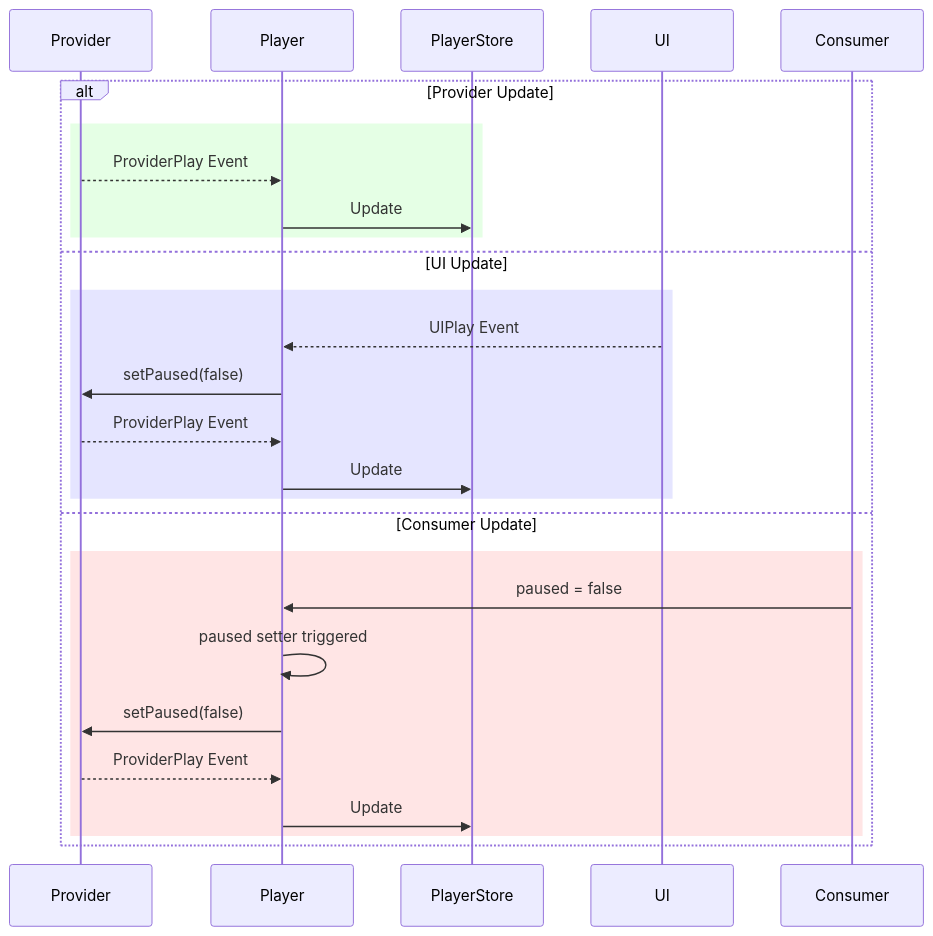
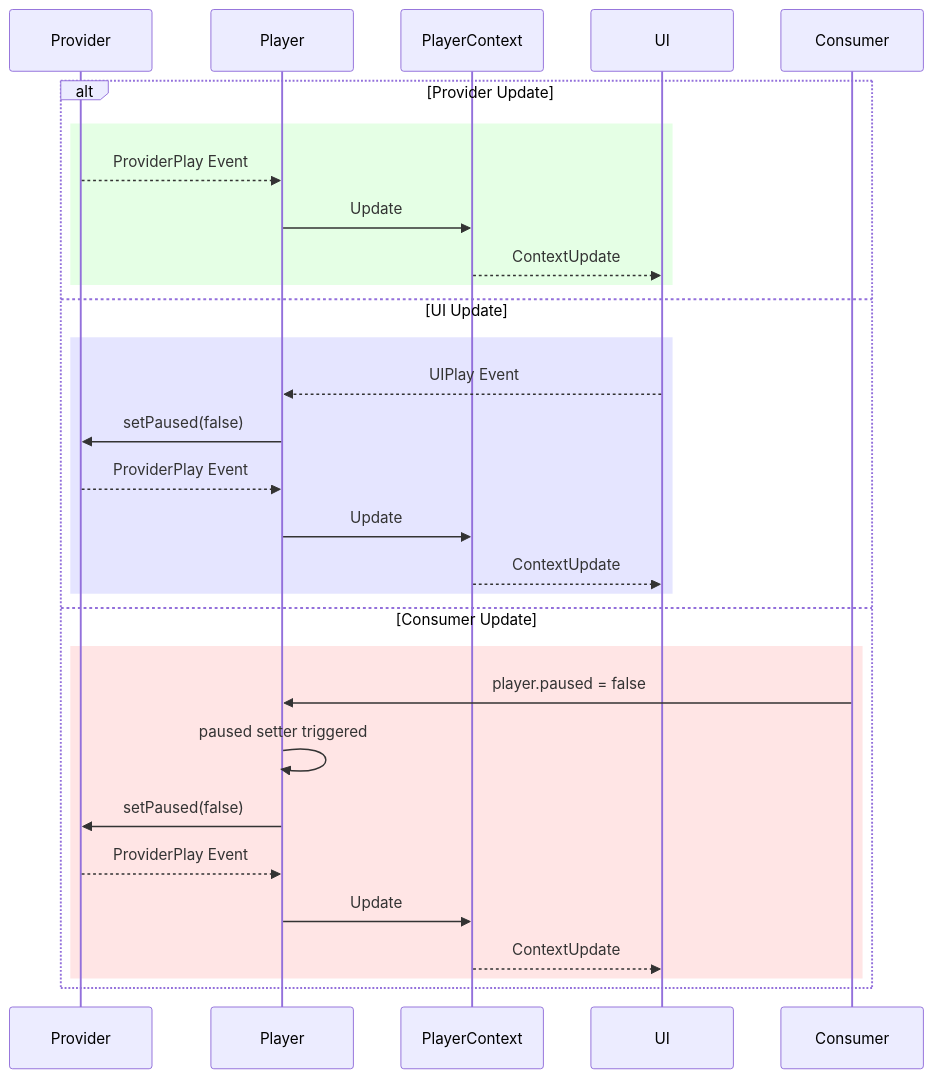
The diagram in plan/designs/player-update-flow.mmd (vime-js/vime), drawn with Mermaid before and after one commit. The commit also changed 4 other files, not shown here.

Commit message:
chore: cleanup architectural designs

```diff
--- a/plan/designs/player-update-flow.mmd
+++ b/plan/designs/player-update-flow.mmd
@@ -1,22 +1,25 @@
 sequenceDiagram
     alt Provider Update
         rect rgb(0, 255, 0, .1)
         Provider -->> Player: ProviderPlay Event
-        Player ->> PlayerStore: Update
+        Player ->> PlayerContext: Update
+        PlayerContext -->> UI: ContextUpdate
         end
     else UI Update
         rect rgba(0, 0, 255, .1)
         UI -->> Player: UIPlay Event
         Player ->> Provider: setPaused(false)
         Provider -->> Player: ProviderPlay Event
-        Player ->> PlayerStore: Update
+        Player ->> PlayerContext: Update
+        PlayerContext -->> UI: ContextUpdate
         end
     else Consumer Update
         rect rgba(255, 0, 0, .1)
-        Consumer ->> Player: paused = false
+        Consumer ->> Player: player.paused = false
         Player ->> Player: paused setter triggered
         Player ->> Provider: setPaused(false)
         Provider -->> Player: ProviderPlay Event
-        Player ->> PlayerStore: Update
+        Player ->> PlayerContext: Update
+        PlayerContext -->> UI: ContextUpdate
         end
     end
```
